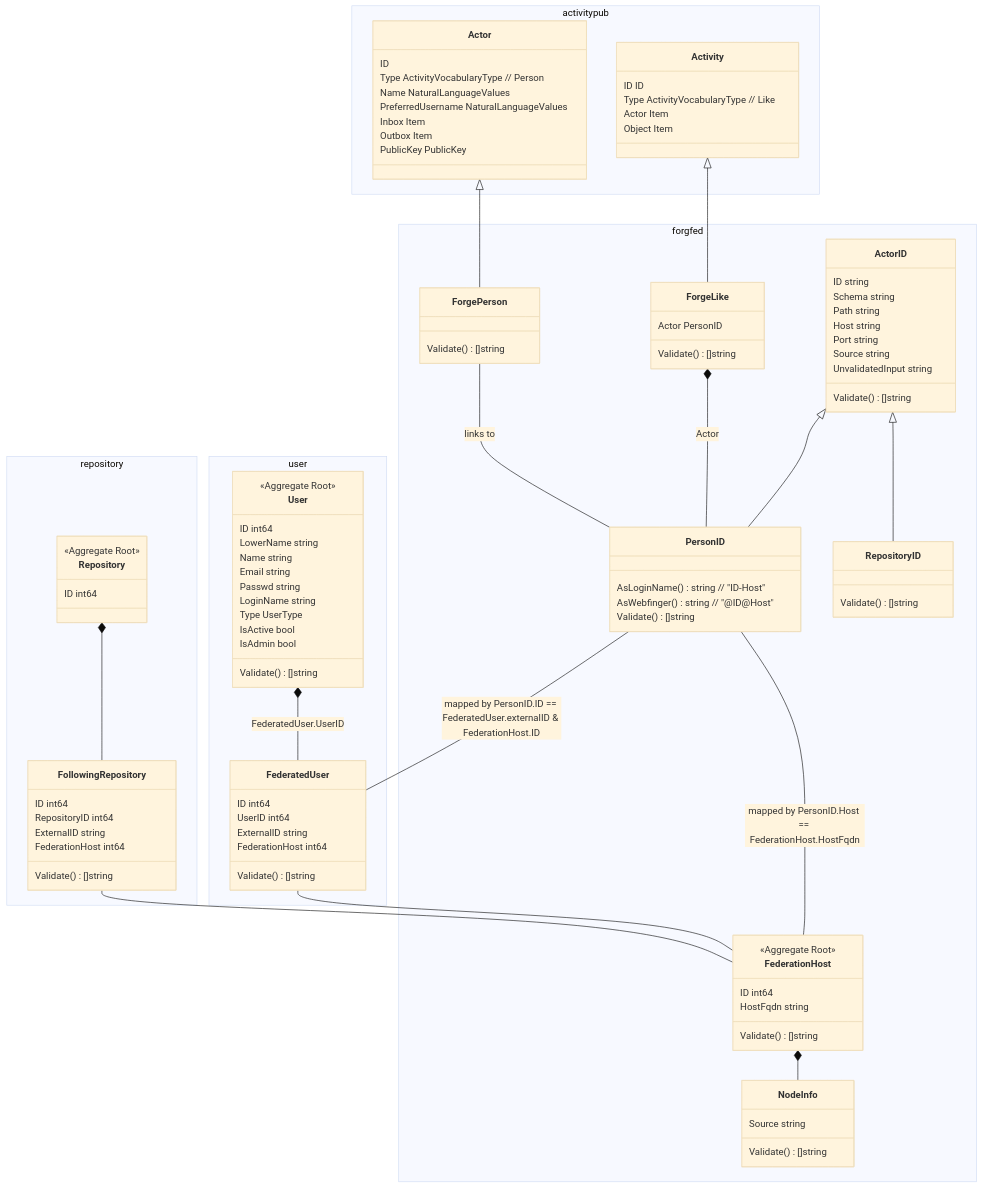
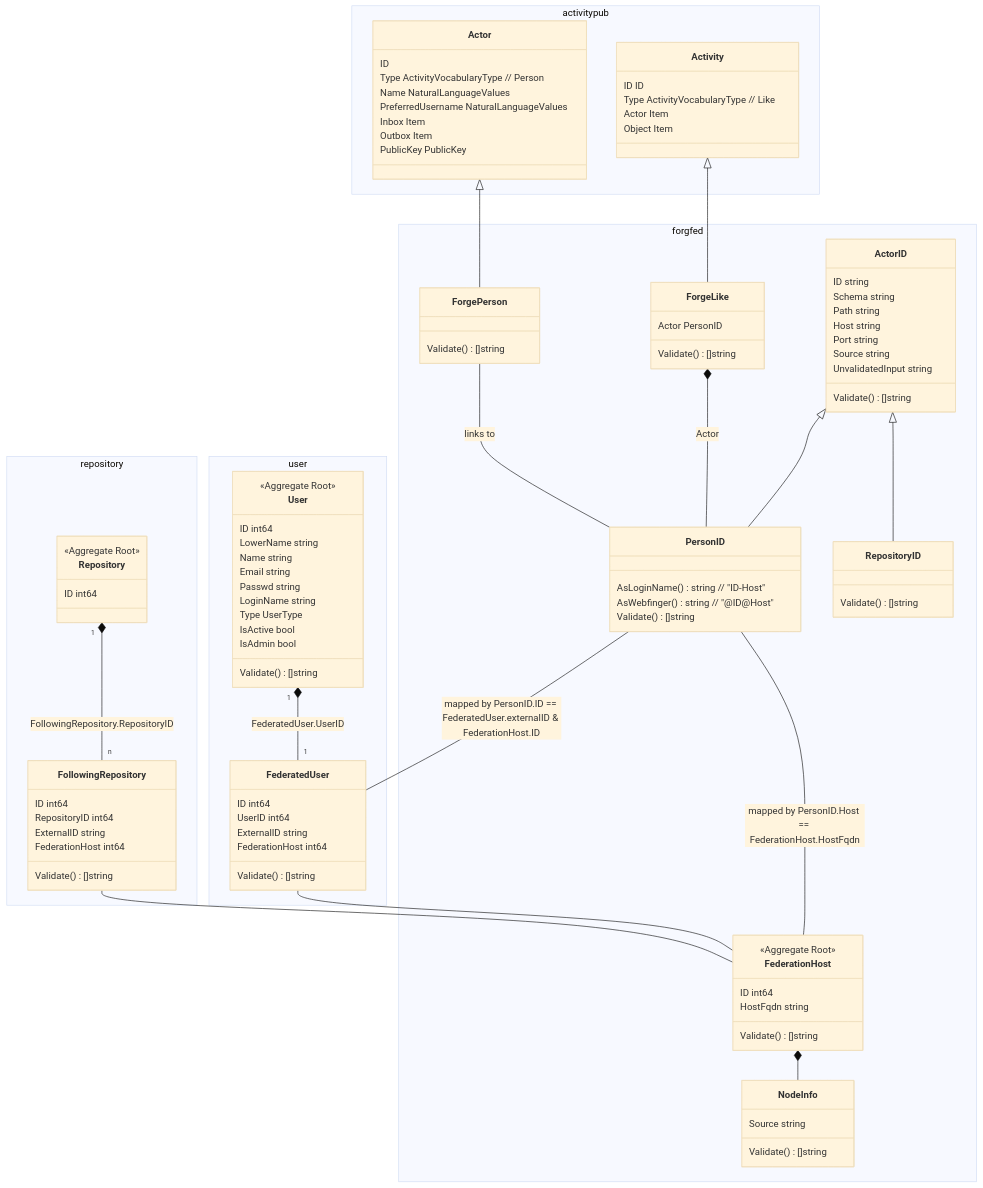
Before and after one commit to yonasBSD/forgejo: the diagram in docs/unsure-where-to-put/federation-architecture.md, drawn with Mermaid (base theme).

Commit message:
add relation details

````diff
--- a/docs/unsure-where-to-put/federation-architecture.md
+++ b/docs/unsure-where-to-put/federation-architecture.md
@@ -117,11 +117,11 @@
     }
   }
 
-  User *-- FederatedUser: FederatedUser.UserID
+  User "1" *-- "1" FederatedUser: FederatedUser.UserID
   PersonID -- FederatedUser : mapped by PersonID.ID == FederatedUser.externalID & FederationHost.ID
   PersonID -- FederationHost : mapped by PersonID.Host == FederationHost.HostFqdn
   FederatedUser -- FederationHost 
 
-  Repository *-- FollowingRepository
+  Repository "1" *-- "n" FollowingRepository: FollowingRepository.RepositoryID
   FollowingRepository -- FederationHost
 ```
````
